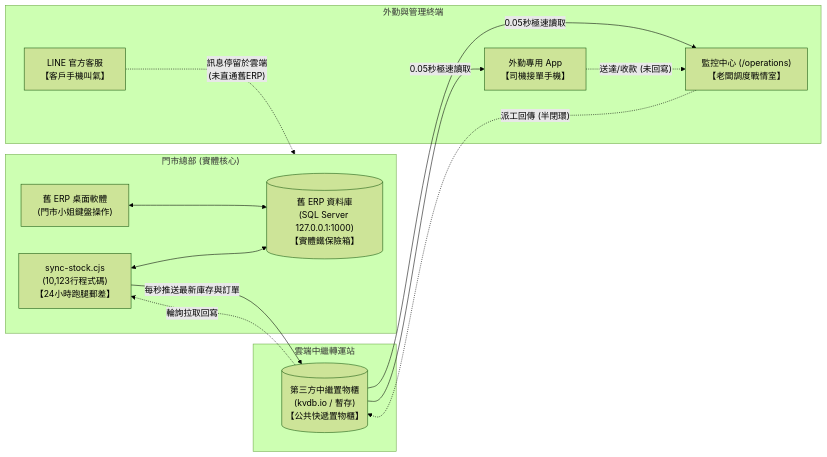
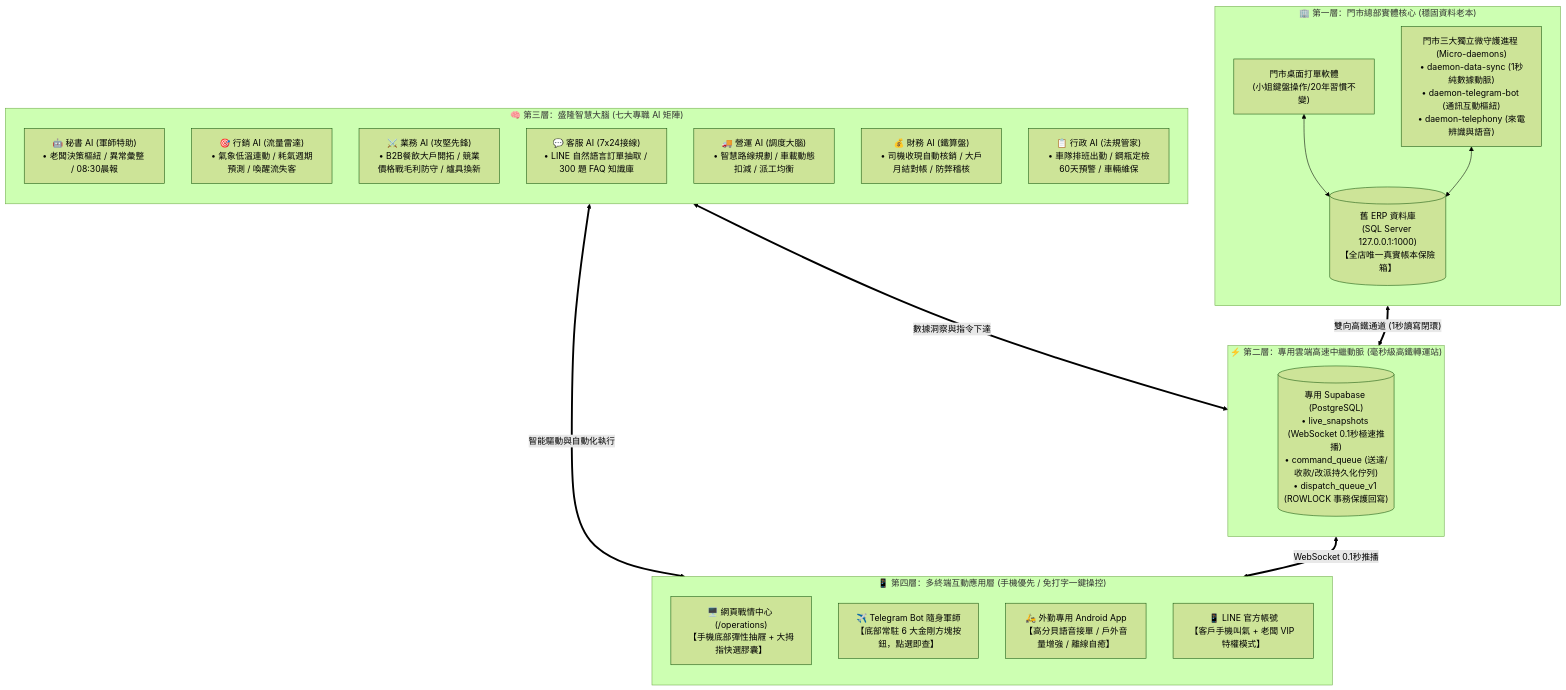
Before and after one commit to qazwsx32100/gass: the first of 4 diagrams in docs/SHENGLONG_ARCHITECTURE_REFORM_PROPOSAL.md, drawn with Mermaid (forest theme). The commit also changed other lines of this file and 4 other files, not shown here.

````diff
--- a/docs/SHENGLONG_ARCHITECTURE_REFORM_PROPOSAL.md
+++ b/docs/SHENGLONG_ARCHITECTURE_REFORM_PROPOSAL.md
@@ -27,28 +63,45 @@
 ```mermaid
-flowchart LR
-  subgraph SHOP["門市總部 (實體核心)"]
-    SQL[("舊 ERP 資料庫\n(SQL Server 127.0.0.1:1000)\n【實體鐵保險箱】")]
-    DESKTOP["舊 ERP 桌面軟體\n(門市小姐鍵盤操作)"]
-    SYNC["sync-stock.cjs\n(10,123行程式碼)\n【24小時跑腿郵差】"]
-    DESKTOP <--> SQL
-    SYNC <--> SQL
+flowchart TD
+  %% 第一層：門市實體
+  subgraph L1["🏢 第一層：門市總部實體核心 (穩固資料老本)"]
+    direction TB
+    SQL[("舊 ERP 資料庫\n(SQL Server 127.0.0.1:1000)\n【全店唯一真實帳本保險箱】")]
+    DESK["門市桌面打單軟體\n(小姐鍵盤操作/20年習慣不變)"]
+    DAEMONS["門市三大獨立微守護進程 (Micro-daemons)\n• daemon-data-sync (1秒純數據動脈)\n• daemon-telegram-bot (通訊互動樞紐)\n• daemon-telephony (來電辨識與語音)"]
+    DESK <--> SQL
+    DAEMONS <--> SQL
   end
 
-  subgraph CLOUD_BUFFER["雲端中繼轉運站"]
-    KV[("第三方中繼置物櫃\n(kvdb.io / 暫存)\n【公共快遞置物櫃】")]
+  %% 第二層：高速中繼
+  subgraph L2["⚡ 第二層：專用雲端高速中繼動脈 (毫秒級高鐵轉運站)"]
+    direction TB
+    SUPA[("專用 Supabase (PostgreSQL)\n• live_snapshots (WebSocket 0.1秒極速推播)\n• command_queue (送達/收款/改派持久化佇列)\n• dispatch_queue_v1 (ROWLOCK 事務保護回寫)")]
   end
 
-  subgraph OUTSIDE["外勤與管理終端"]
-    OPS["監控中心 (/operations)\n【老闆調度戰情室】"]
-    DRV["外勤專用 App\n【司機接單手機】"]
-    LINE["LINE 官方客服\n【客戶手機叫氣】"]
+  %% 第三層：七大 AI 大腦
+  subgraph L3["🧠 第三層：盛隆智慧大腦 (七大專職 AI 矩陣)"]
+    direction TB
+    SEC["🤖 秘書 AI (軍師特助)\n• 老闆決策樞紐 / 異常彙整 / 08:30晨報"]
+    MKT["🎯 行銷 AI (流量雷達)\n• 氣象低溫連動 / 耗氣週期預測 / 喚醒流失客"]
+    SALES["⚔️ 業務 AI (攻堅先鋒)\n• B2B餐飲大戶開拓 / 競業價格戰毛利防守 / 爐具換新"]
+    CS["💬 客服 AI (7x24接線)\n• LINE 自然語言訂單抽取 / 300 題 FAQ 知識庫"]
+    OPS["🚚 營運 AI (調度大腦)\n• 智慧路線規劃 / 車載動態扣減 / 派工均衡"]
+    FIN["💰 財務 AI (鐵算盤)\n• 司機收現自動核銷 / 大戶月結對帳 / 防弊稽核"]
+    ADM["📋 行政 AI (法規管家)\n• 車隊排班出勤 / 鋼瓶定檢60天預警 / 車輛維保"]
   end
 
-  SYNC -- "每秒推送最新庫存與訂單" --> KV
-  KV -- "0.05秒極速讀取" --> OPS
-  KV -- "0.05秒極速讀取" --> DRV
-  LINE -. "訊息停留於雲端\n(未直通舊ERP)" .-> SHOP
-  OPS -. "派工回傳 (半閉環)" .-> KV
-  DRV -. "送達/收款 (未回寫)" .-> OPS
-  KV -. "輪詢拉取回寫" .-> SYNC
+  %% 第四層：多終端應用
+  subgraph L4["📱 第四層：多終端互動應用層 (手機優先 / 免打字一鍵操控)"]
+    direction TB
+    WEB["🖥️ 網頁戰情中心 (/operations)\n【手機底部彈性抽屜 + 大拇指快選膠囊】"]
+    TG["✈️ Telegram Bot 隨身軍師\n【底部常駐 6 大金剛方塊按鈕，點選即查】"]
+    APP["🛵 外勤專用 Android App\n【高分貝語音接單 / 戶外音量增強 / 離線自癒】"]
+    LINE["📱 LINE 官方帳號\n【客戶手機叫氣 + 老闆 VIP 特權模式】"]
+  end
+
+  %% 串聯
+  DAEMONS <== "雙向高鐵通道 (1秒讀寫閉環)" ==> SUPA
+  SUPA <== "WebSocket 0.1秒推播" ==> L4
+  L3 <== "智能驅動與自動化執行" ==> L4
+  L3 <== "數據洞察與指令下達" ==> SUPA
 ```
````
